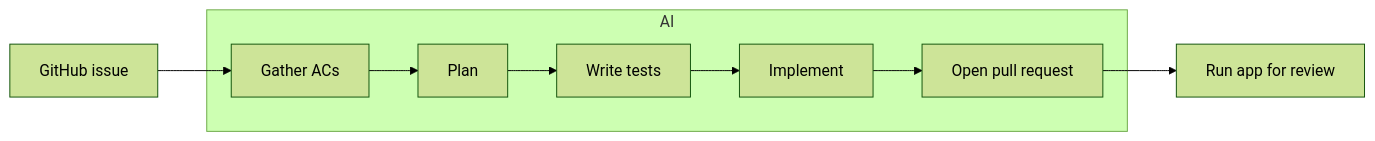
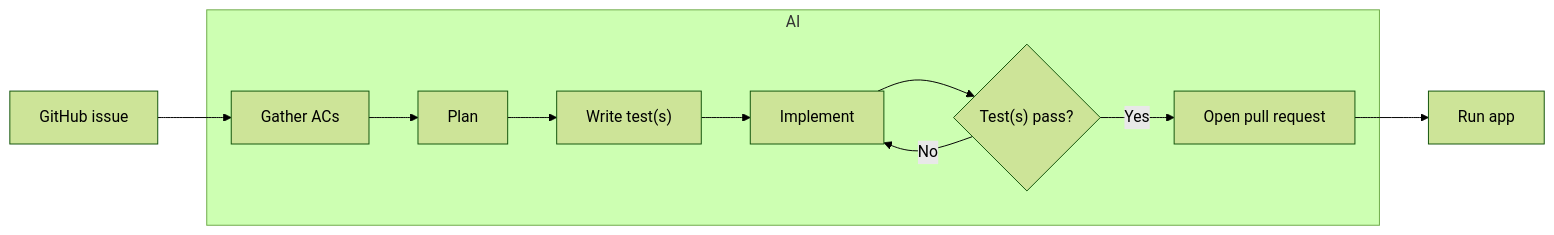
The diagram in DEVELOPMENT_WORKFLOWS.md (ethan-mfb/pomo), drawn with Mermaid (forest theme) before and after one commit.

Commit message:
docs: add tests-pass loop to feature workflow diagram

````diff
--- a/DEVELOPMENT_WORKFLOWS.md
+++ b/DEVELOPMENT_WORKFLOWS.md
@@ -5,11 +5,13 @@
 ```mermaid
 flowchart LR
     A[GitHub issue] --> B[Gather ACs]
     subgraph AI
         B[Gather ACs] --> C[Plan]
-        C --> D[Write tests]
+        C --> D["Write test(s)"]
         D --> F[Implement]
-        F --> H[Open pull request]
+        F --> V{"Test(s) pass?"}
+        V -->|No| F
+        V -->|Yes| H[Open pull request]
     end
-    H --> I[Run app for review]
+    H --> I[Run app]
 ```
````
